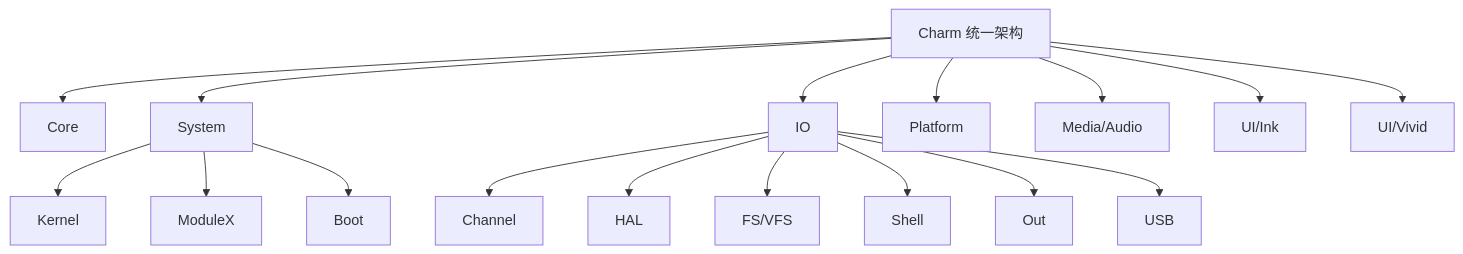
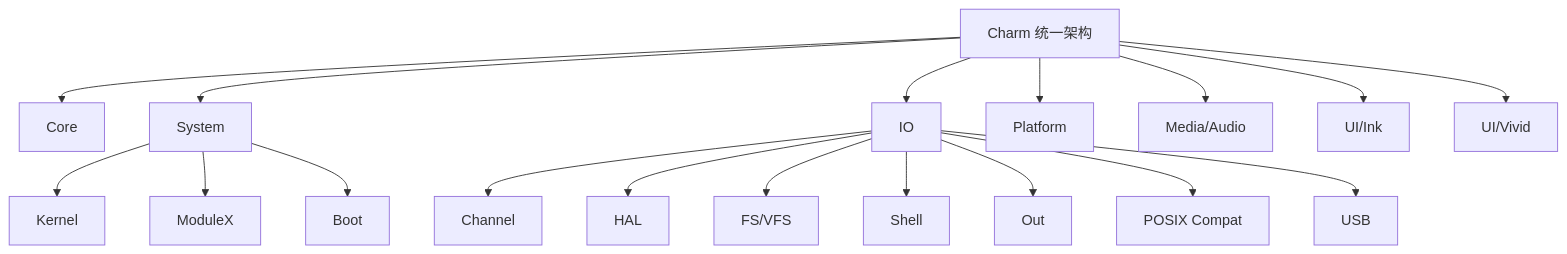
The first of 8 diagrams in docs/architecture_overview.md (Little-Red-Cap/Charm-os), drawn with Mermaid before and after one commit. The commit also changed other lines of this file and 4 other files, not shown here.

````diff
--- a/docs/architecture_overview.md
+++ b/docs/architecture_overview.md
@@ -54,19 +54,20 @@
 ```mermaid
 graph TD
     A[Charm 统一架构] --> C[Core]
     A --> SYS[System]
     A --> IO[IO]
     A --> PLAT[Platform]
     A --> AU[Media/Audio]
     A --> UI1[UI/Ink]
     A --> UI2[UI/Vivid]
     SYS --> K[Kernel]
     SYS --> M[ModuleX]
     SYS --> B[Boot]
     IO --> CH[Channel]
     IO --> H[HAL]
     IO --> F[FS/VFS]
     IO --> SH[Shell]
     IO --> OUT[Out]
+    IO --> PX[POSIX Compat]
     IO --> USB[USB]
 ```
````
